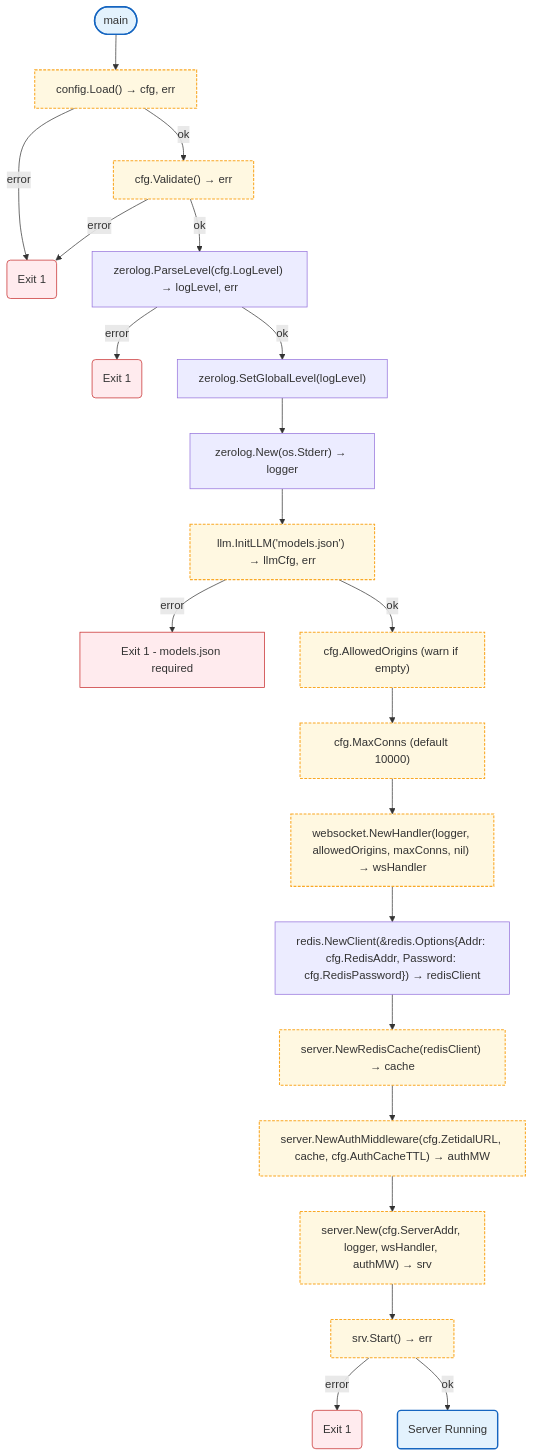
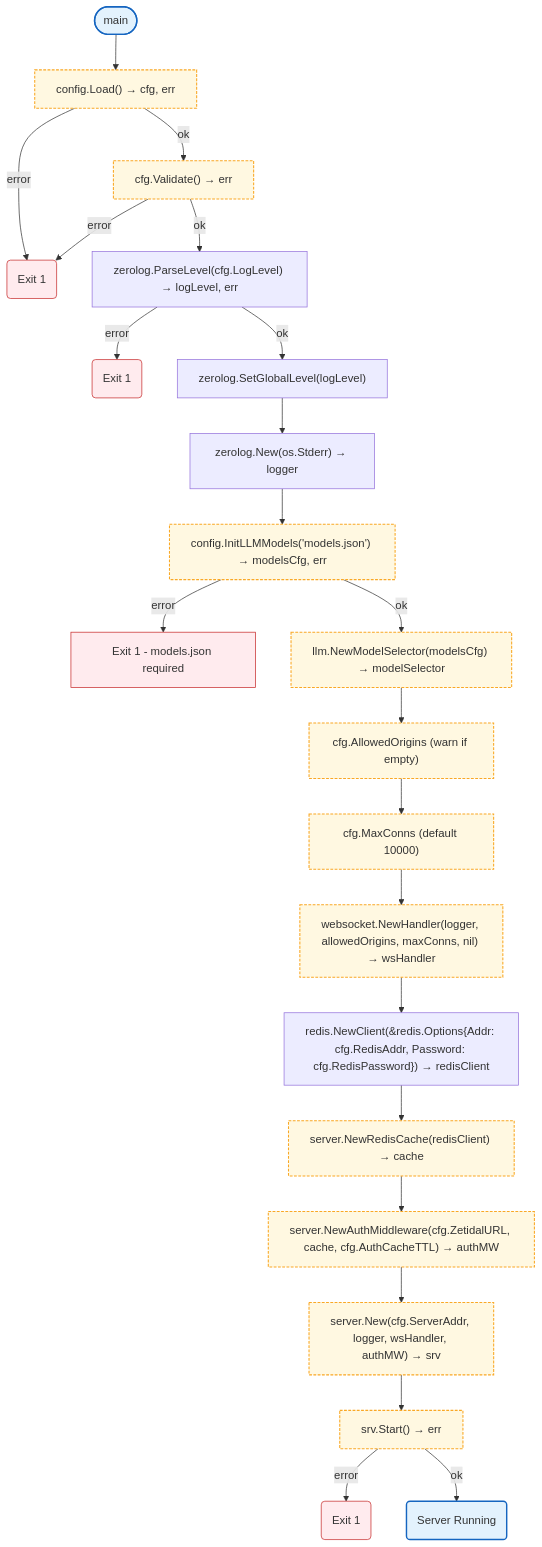
Before and after one commit to radch-ai/ava: the diagram in docs/cmd/gateway.md, drawn with Mermaid. The commit also changed 5 other files, not shown here.

First line of the commit message:
refactor: move LLM config init from llm to config package

````diff
--- a/docs/cmd/gateway.md
+++ b/docs/cmd/gateway.md
@@ -7,39 +7,40 @@
 ```mermaid
 flowchart TB
     Start([main]) --> LoadCfg["config.Load() → cfg, err"]
     LoadCfg -->|error| Exit1("Exit 1")
     LoadCfg -->|ok| ValidateCfg["cfg.Validate() → err"]
     ValidateCfg -->|error| Exit1
     ValidateCfg -->|ok| ParseLevel["zerolog.ParseLevel(cfg.LogLevel) → logLevel, err"]
     ParseLevel -->|error| Exit2("Exit 1")
     ParseLevel -->|ok| SetLevel["zerolog.SetGlobalLevel(logLevel)"]
     SetLevel --> CreateLogger["zerolog.New(os.Stderr) → logger"]
-    CreateLogger --> LoadModels["llm.InitLLM('models.json') → llmCfg, err"]
+    CreateLogger --> LoadModels["config.InitLLMModels('models.json') → modelsCfg, err"]
     LoadModels -->|error| ExitLLM["Exit 1 - models.json required"]
-    LoadModels -->|ok| CheckOrigins["cfg.AllowedOrigins (warn if empty)"]
+    LoadModels -->|ok| CreateSelector["llm.NewModelSelector(modelsCfg) → modelSelector"]
+    CreateSelector --> CheckOrigins["cfg.AllowedOrigins (warn if empty)"]
     CheckOrigins --> CheckConns["cfg.MaxConns (default 10000)"]
     CheckConns --> CreateWS["websocket.NewHandler(logger, allowedOrigins, maxConns, nil) → wsHandler"]
     CreateWS --> InitRedis["redis.NewClient(&redis.Options{Addr: cfg.RedisAddr, Password: cfg.RedisPassword}) → redisClient"]
     InitRedis --> CreateCache["server.NewRedisCache(redisClient) → cache"]
     CreateCache --> CreateAuthMW["server.NewAuthMiddleware(cfg.ZetidalURL, cache, cfg.AuthCacheTTL) → authMW"]
     CreateAuthMW --> CreateServer["server.New(cfg.ServerAddr, logger, wsHandler, authMW) → srv"]
     CreateServer --> StartServer["srv.Start() → err"]
     StartServer -->|error| Exit3("Exit 1")
     StartServer -->|ok| Running("Server Running")
 
     click LoadCfg href "../config/README.md"
     click ValidateCfg href "../config/README.md"
     click LoadModels href "../config/models.md"
     click CreateCache href "../internal/server/README.md"
     click CreateAuthMW href "../internal/server/README.md"
     click CreateWS href "../internal/websocket.md"
     click CreateServer href "../internal/server/README.md"
 
     classDef mainFn fill:#e3f2fd,stroke:#1565c0,stroke-width:2px
     classDef localPkgs fill:#fff8e1,stroke:#f9a825,stroke-width:1.5px,stroke-dasharray:4 2
     classDef errorFlow fill:#ffebee,stroke:#c62828,stroke-width:1px
 
     class Start,Running mainFn
     class Exit1,Exit2,Exit3,ExitLLM errorFlow
-    class LoadCfg,ValidateCfg,LoadModels,CheckOrigins,CheckConns,CreateCache,CreateAuthMW,CreateWS,CreateServer,StartServer localPkgs
+    class LoadCfg,ValidateCfg,LoadModels,CreateSelector,CheckOrigins,CheckConns,CreateCache,CreateAuthMW,CreateWS,CreateServer,StartServer localPkgs
 ```
````
